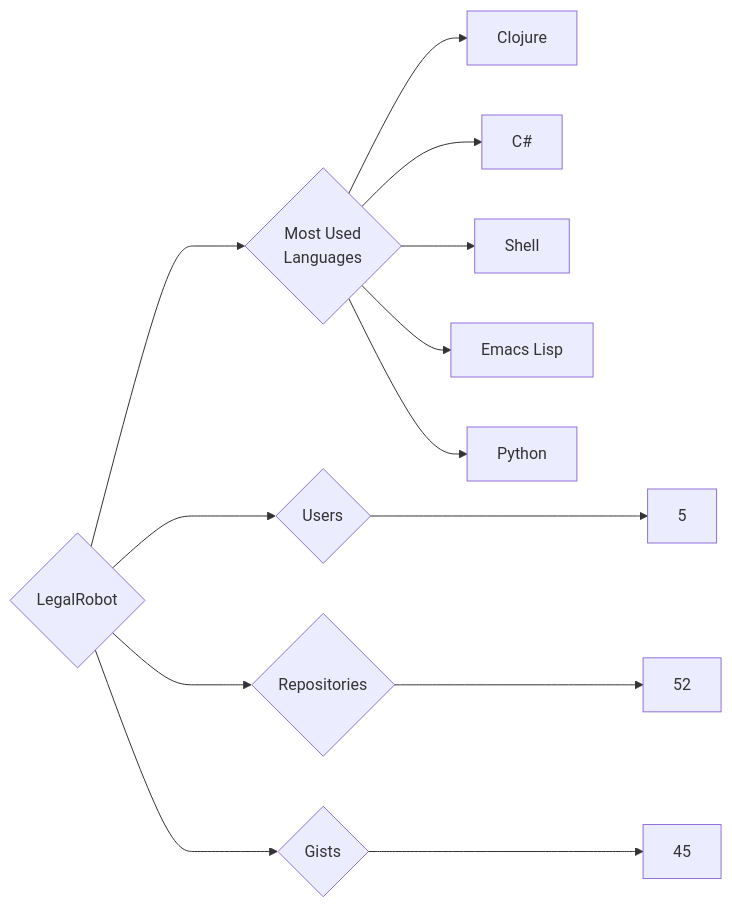
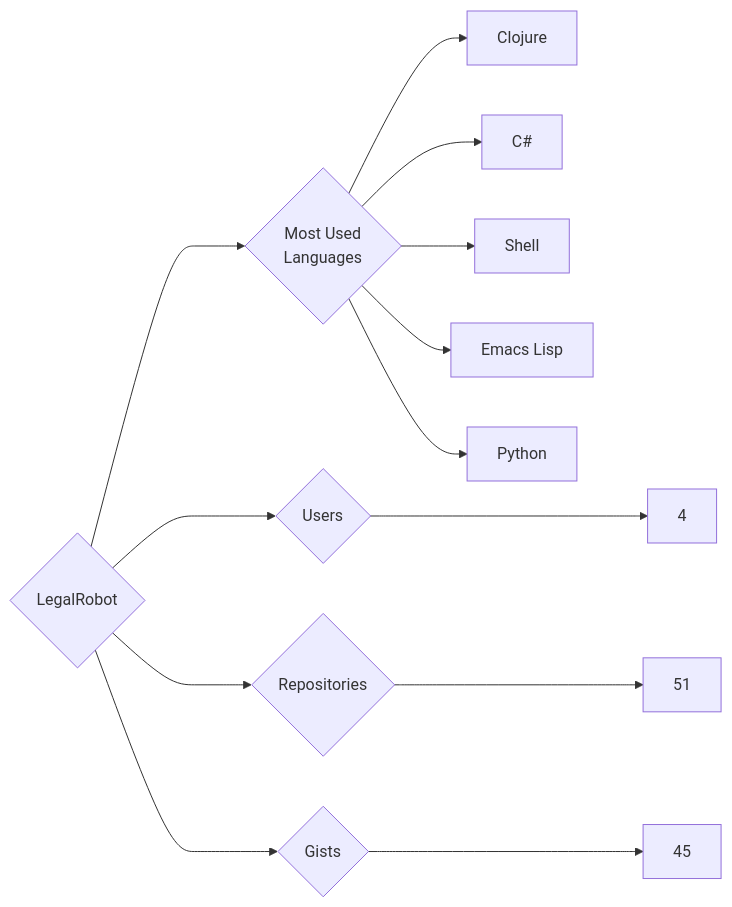
The diagram in targets/LegalRobot/README.md (trickest/insiders), drawn with Mermaid before and after one commit. The commit also changed 1508 other files, not shown here.

````diff
--- a/targets/LegalRobot/README.md
+++ b/targets/LegalRobot/README.md
@@ -3,13 +3,13 @@
 ```mermaid
 graph LR
 COMPANY_NAME{LegalRobot}
-COMPANY_NAME ---> U{Users} ---> UN[5]
-COMPANY_NAME ---> R{Repositories} ---> RN[52]
+COMPANY_NAME ---> U{Users} ---> UN[4]
+COMPANY_NAME ---> R{Repositories} ---> RN[51]
 COMPANY_NAME ---> G{Gists} ---> GN[45]
 COMPANY_NAME ---> ML{Most Used<br>Languages}
 ML --> Clojure[Clojure]
 ML --> C#[C#]
 ML --> Shell[Shell]
 ML --> Emacs_Lisp[Emacs Lisp]
 ML --> Python[Python]
 ```
````
